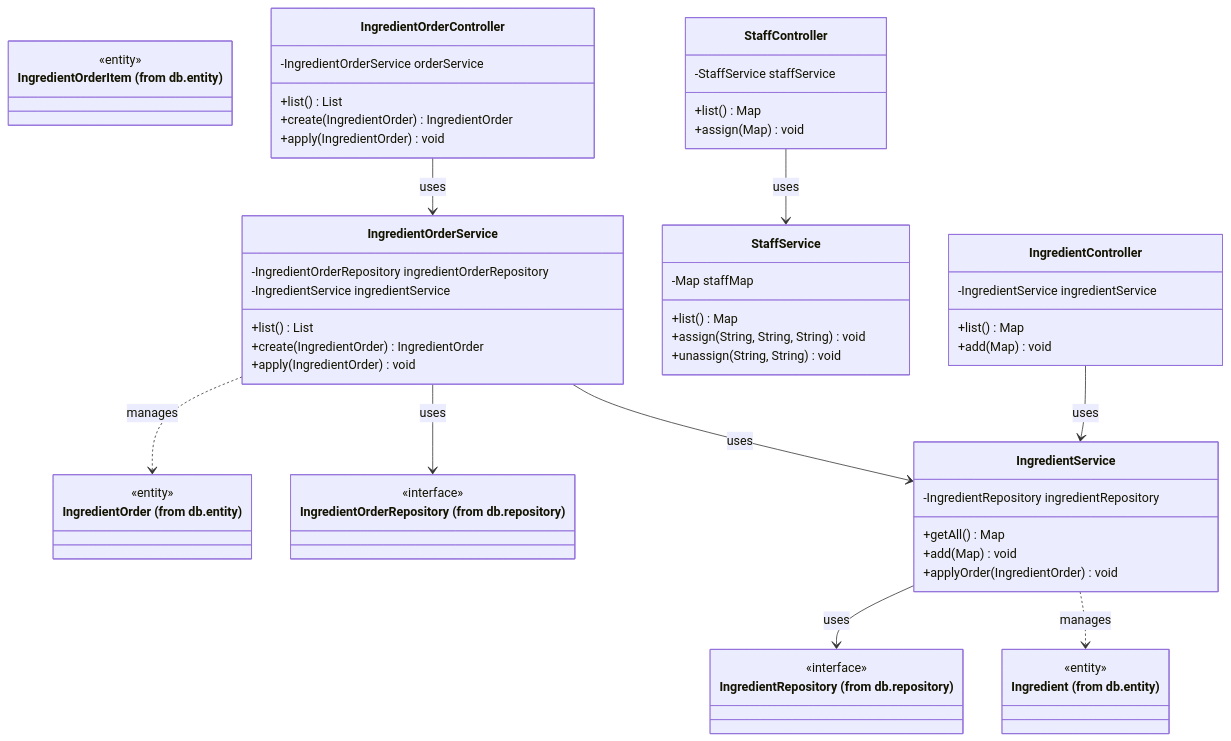
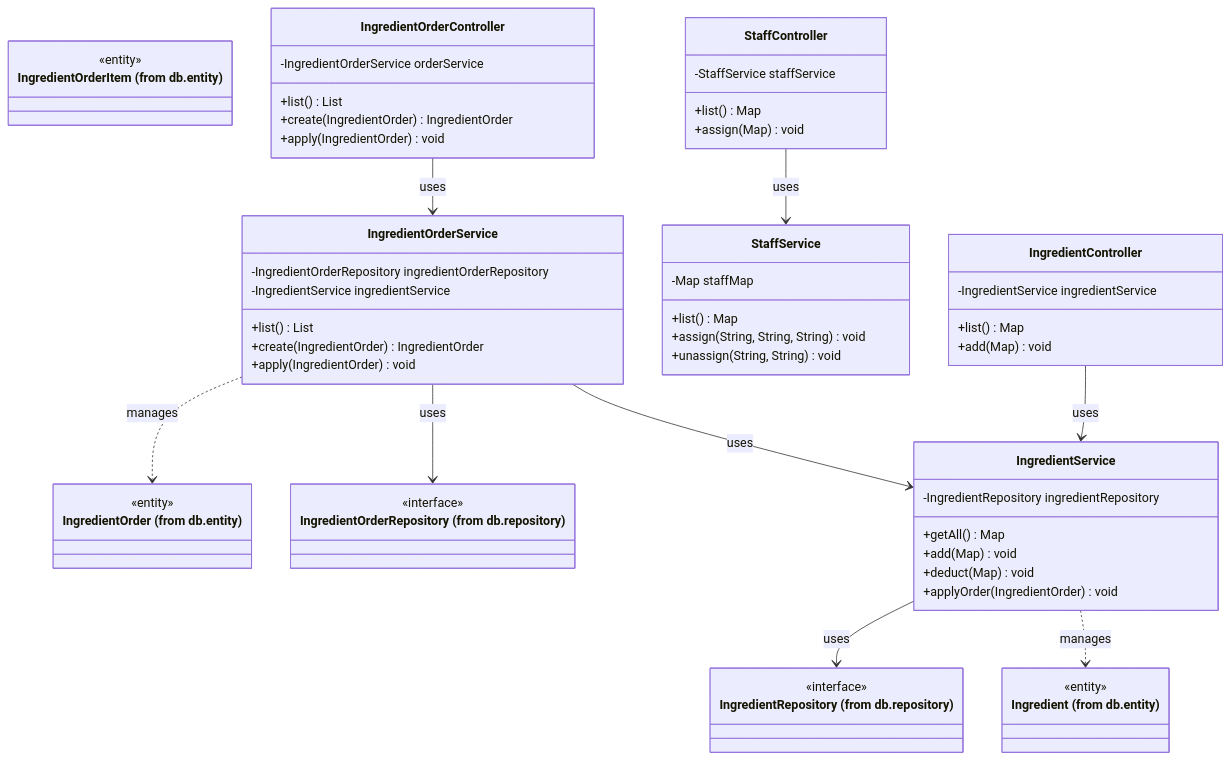
One commit to UOS606/606Dinner changed the diagram in backend/docs/class-diagram/4_management_subsystem.md. Above: the diagram before and after it, drawn with Mermaid. The commit also changed 2 other files, not shown here.

Commit message:
docs: 재고 감소 로직 추가에 따른 클래스 다이어그램 업데이트
- OrderService에 IngredientService 의존성 및 deductIngredients 메서드 추가
- IngredientService에 deduct 메서드 추가
- order_pkg → management 서브시스템 의존관계 추가

🤖 Generated with [Claude Code](https://claude.com/claude-code)

````diff
--- a/backend/docs/class-diagram/4_management_subsystem.md
+++ b/backend/docs/class-diagram/4_management_subsystem.md
@@ -3,77 +3,78 @@
 ```mermaid
 classDiagram
     direction TB
 
     %% ==================== External Classes ====================
     class Ingredient["Ingredient (from db.entity)"] {
         <<entity>>
     }
     class IngredientOrder["IngredientOrder (from db.entity)"] {
         <<entity>>
     }
     class IngredientOrderItem["IngredientOrderItem (from db.entity)"] {
         <<entity>>
     }
 
     class IngredientRepository["IngredientRepository (from db.repository)"] {
         <<interface>>
     }
     class IngredientOrderRepository["IngredientOrderRepository (from db.repository)"] {
         <<interface>>
     }
 
     %% ==================== Services ====================
     class IngredientService {
         -IngredientRepository ingredientRepository
         +getAll() Map
         +add(Map) void
+        +deduct(Map) void
         +applyOrder(IngredientOrder) void
     }
 
     class IngredientOrderService {
         -IngredientOrderRepository ingredientOrderRepository
         -IngredientService ingredientService
         +list() List
         +create(IngredientOrder) IngredientOrder
         +apply(IngredientOrder) void
     }
 
     class StaffService {
         -Map staffMap
         +list() Map
         +assign(String, String, String) void
         +unassign(String, String) void
     }
 
     %% ==================== Controllers ====================
     class IngredientController {
         -IngredientService ingredientService
         +list() Map
         +add(Map) void
     }
 
     class IngredientOrderController {
         -IngredientOrderService orderService
         +list() List
         +create(IngredientOrder) IngredientOrder
         +apply(IngredientOrder) void
     }
 
     class StaffController {
         -StaffService staffService
         +list() Map
         +assign(Map) void
     }
 
     %% ==================== Relationships ====================
     IngredientService --> IngredientRepository : uses
     IngredientOrderService --> IngredientOrderRepository : uses
     IngredientOrderService --> IngredientService : uses
 
     IngredientController --> IngredientService : uses
     IngredientOrderController --> IngredientOrderService : uses
     StaffController --> StaffService : uses
 
     IngredientService ..> Ingredient : manages
     IngredientOrderService ..> IngredientOrder : manages
 ```
````
